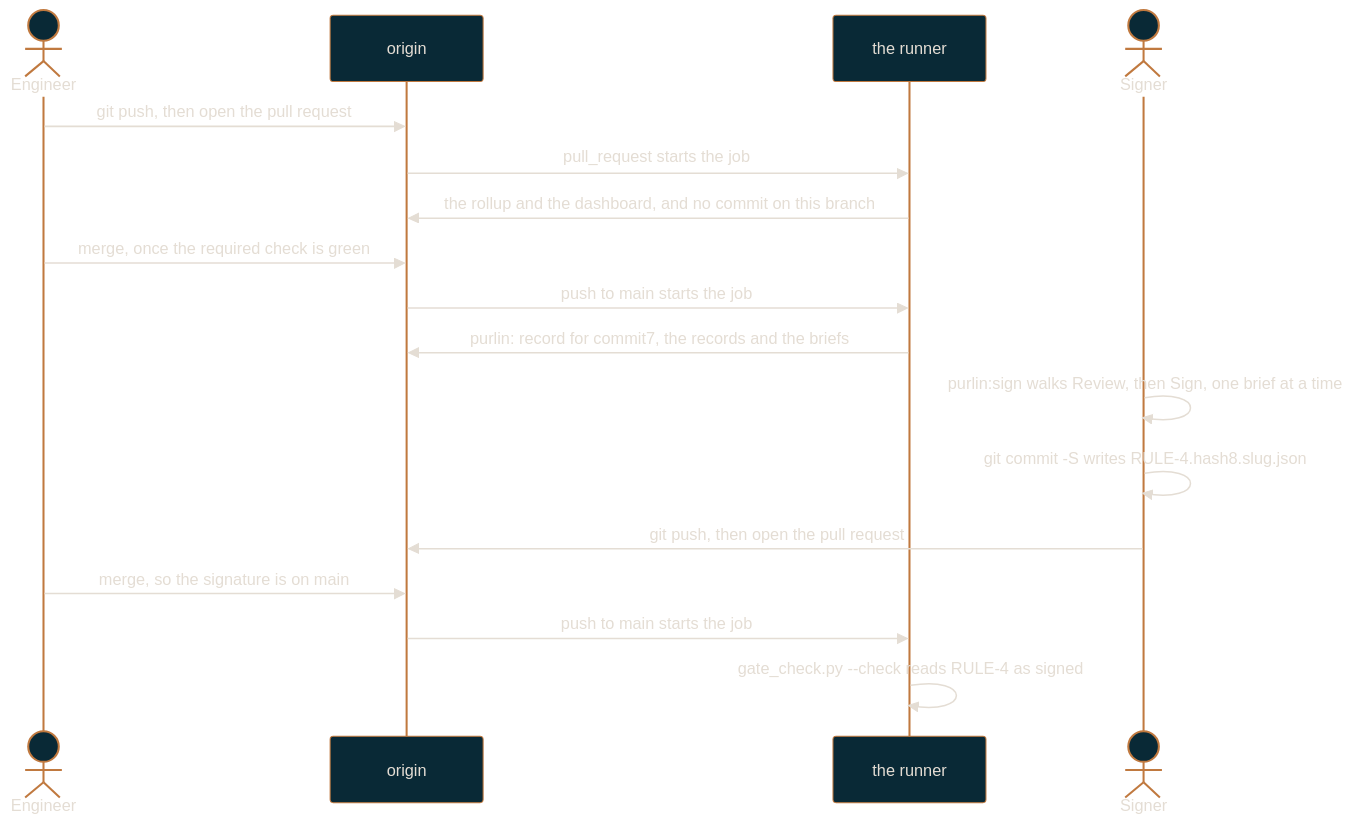
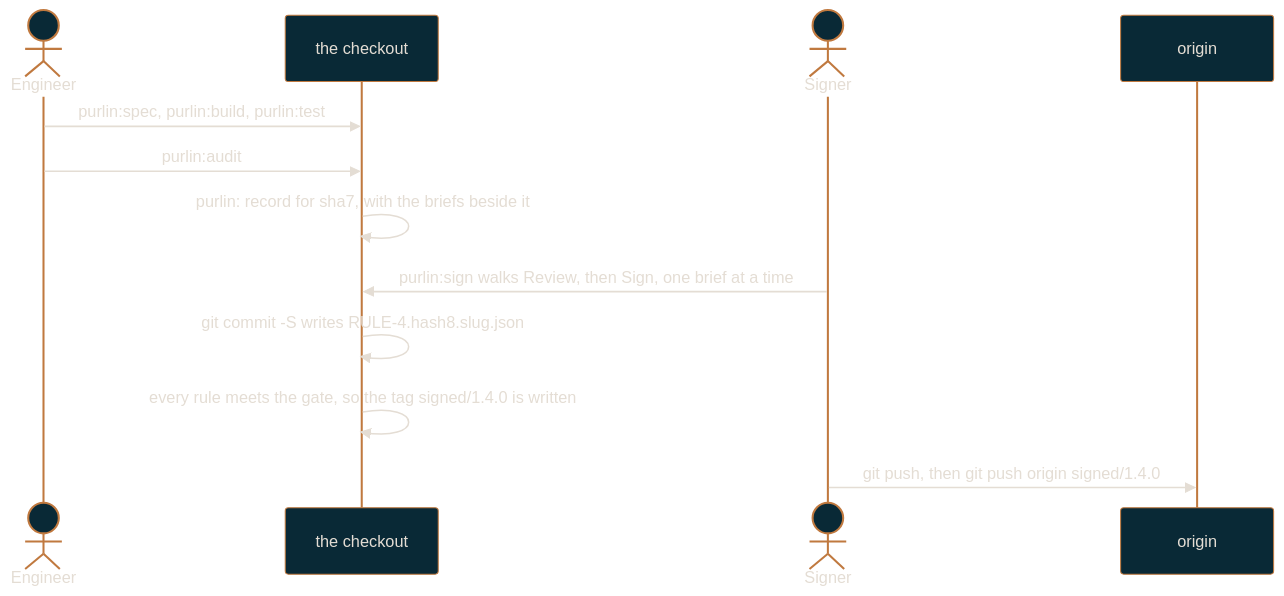
The diagram in docs/regulated-workflow.md (rlabarca/purlin), drawn with Mermaid before and after one commit. The commit also changed other lines of this file and 13 other files, not shown here.

````diff
--- a/docs/regulated-workflow.md
+++ b/docs/regulated-workflow.md
@@ -33,20 +35,15 @@
 ```mermaid
 %%{init: {"theme": "base", "themeVariables": {"background": "#0C3444", "primaryColor": "#092936", "primaryTextColor": "#E4DDD4", "primaryBorderColor": "#C0793F", "lineColor": "#C0793F", "secondaryColor": "#0C3444", "tertiaryColor": "#092936", "fontFamily": "Arial", "textColor": "#E4DDD4"}}}%%
 sequenceDiagram
     actor Engineer
+    participant Tree as the checkout
+    actor Signer
     participant Origin as origin
-    participant CI as the runner
-    actor Signer
-    Engineer->>Origin: git push, then open the pull request
-    Origin->>CI: pull_request starts the job
-    CI->>Origin: the rollup and the dashboard, and no commit on this branch
-    Engineer->>Origin: merge, once the required check is green
-    Origin->>CI: push to main starts the job
-    CI->>Origin: purlin: record for commit7, the records and the briefs
-    Signer->>Signer: purlin:sign walks Review, then Sign, one brief at a time
-    Signer->>Signer: git commit -S writes RULE-4.hash8.slug.json
-    Signer->>Origin: git push, then open the pull request
-    Engineer->>Origin: merge, so the signature is on main
-    Origin->>CI: push to main starts the job
-    CI->>CI: gate_check.py --check reads RULE-4 as signed
+    Engineer->>Tree: purlin:spec, purlin:build, purlin:test
+    Engineer->>Tree: purlin:audit
+    Tree->>Tree: purlin: record for sha7, with the briefs beside it
+    Signer->>Tree: purlin:sign walks Review, then Sign, one brief at a time
+    Tree->>Tree: git commit -S writes RULE-4.hash8.slug.json
+    Tree->>Tree: every rule meets the gate, so the tag signed/1.4.0 is written
+    Signer->>Origin: git push, then git push origin signed/1.4.0
 ```
````
